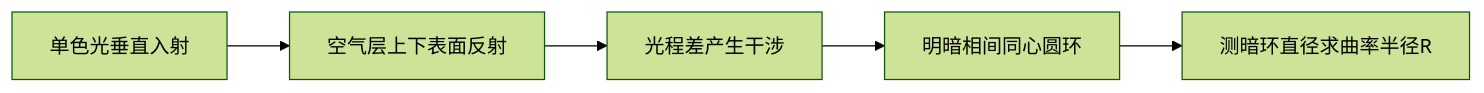
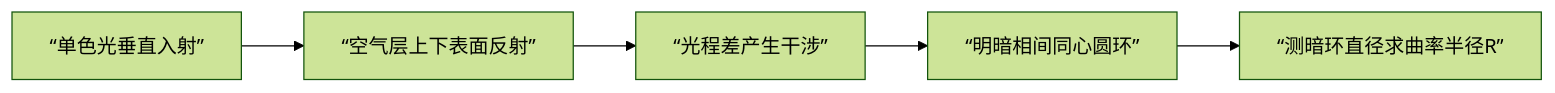
One commit to LiuandXu/physics-experiment-wiki changed the diagram in docs/06-牛顿环.md. Above: the diagram before and after it, drawn with Mermaid (forest theme). The commit also changed other lines of this file and 9 other files, not shown here.

````diff
--- a/docs/06-牛顿环.md
+++ b/docs/06-牛顿环.md
@@ -142,7 +142,7 @@
 ```mermaid
 flowchart LR
-    A["单色光垂直入射"] --> B["空气层上下表面反射"]
-    B --> C["光程差产生干涉"]
-    C --> D["明暗相间同心圆环"]
-    D --> E["测暗环直径求曲率半径R"]
+    A[“单色光垂直入射”] --> B[“空气层上下表面反射”]
+    B --> C[“光程差产生干涉”]
+    C --> D[“明暗相间同心圆环”]
+    D --> E[“测暗环直径求曲率半径R”]
 ```
````
